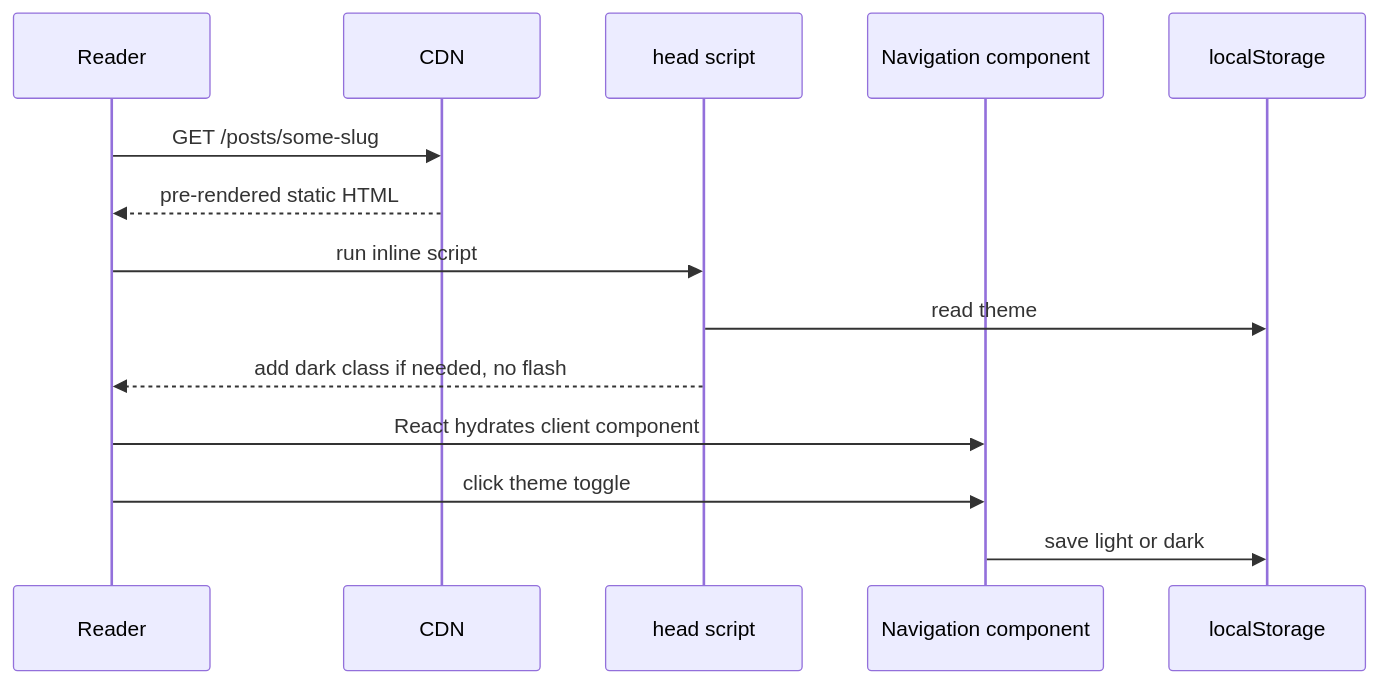
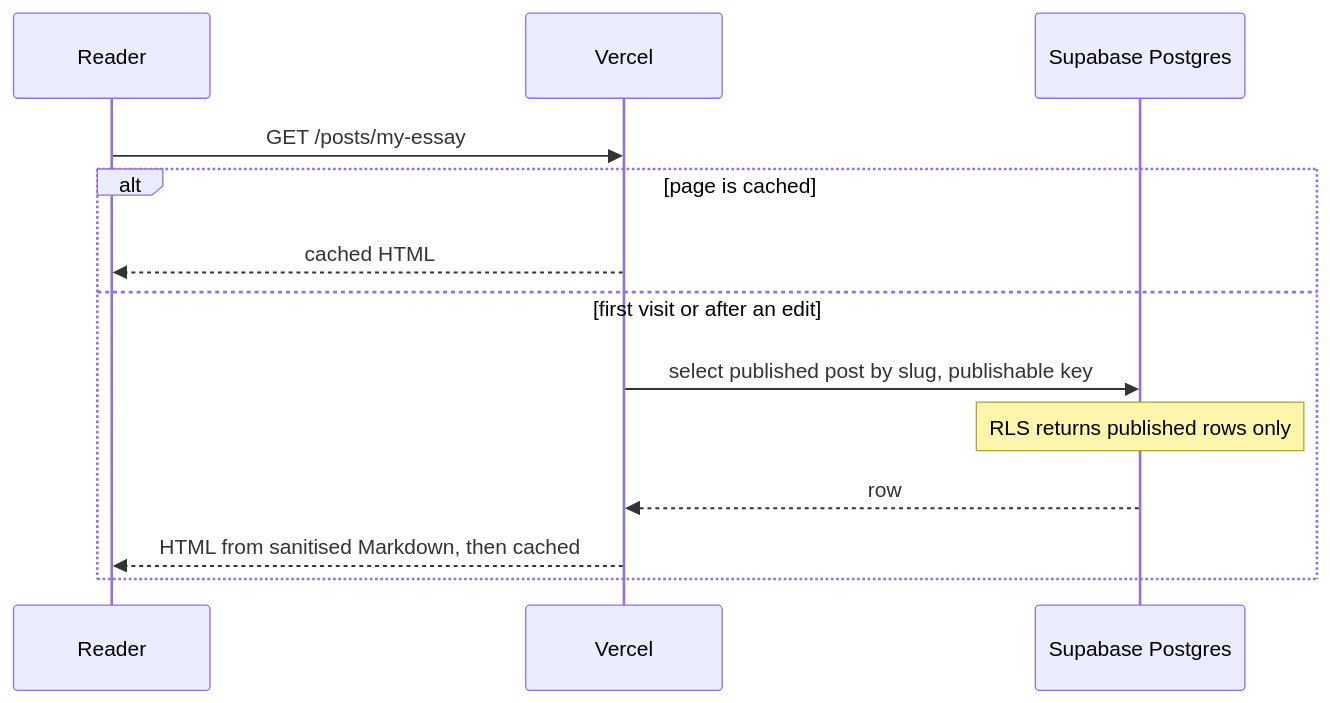
The second of 5 diagrams in README.md (SanketAdk/Emergent-Blog-), drawn with Mermaid before and after one commit. The commit also changed other lines of this file and 4 other files, not shown here.

First line of the commit message:
Docs: deployment runbook, author's Studio guide, README for new architecture

````diff
--- a/README.md
+++ b/README.md
@@ -151,16 +94,15 @@
 ```mermaid
 sequenceDiagram
   participant U as Reader
-  participant CDN as CDN
-  participant H as head script
-  participant N as Navigation component
-  participant LS as localStorage
-  U->>CDN: GET /posts/some-slug
-  CDN-->>U: pre-rendered static HTML
-  U->>H: run inline script
-  H->>LS: read theme
-  H-->>U: add dark class if needed, no flash
-  U->>N: React hydrates client component
-  U->>N: click theme toggle
-  N->>LS: save light or dark
+  participant V as Vercel
+  participant DB as Supabase Postgres
+  U->>V: GET /posts/my-essay
+  alt page is cached
+    V-->>U: cached HTML
+  else first visit or after an edit
+    V->>DB: select published post by slug, publishable key
+    Note over DB: RLS returns published rows only
+    DB-->>V: row
+    V-->>U: HTML from sanitised Markdown, then cached
+  end
 ```
````
